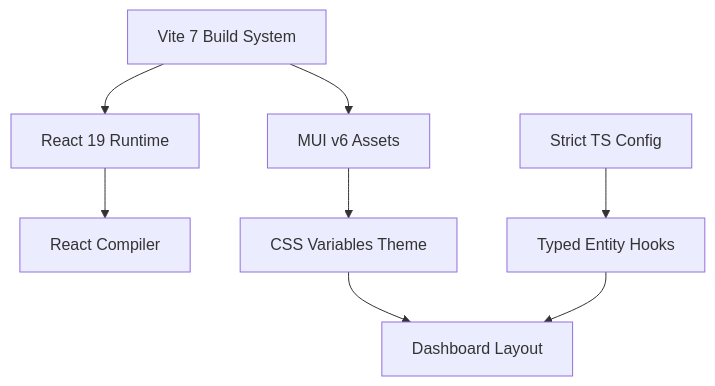
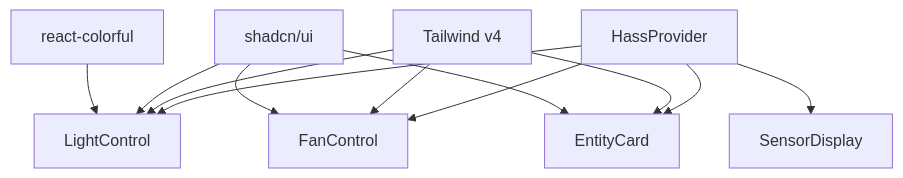
Before and after one commit to miguelcaravantes/ha-dashboard: the diagram in .planning/research/FEATURES.md, drawn with Mermaid. The commit also changed other lines of this file and 4 other files, not shown here.

````diff
--- a/.planning/research/FEATURES.md
+++ b/.planning/research/FEATURES.md
@@ -46,10 +56,17 @@
 ```mermaid
 graph TD
-    A[Vite 7 Build System] --> B[React 19 Runtime]
-    A --> C[MUI v6 Assets]
-    B --> D[React Compiler]
-    C --> E[CSS Variables Theme]
-    F[Strict TS Config] --> G[Typed Entity Hooks]
-    E --> H[Dashboard Layout]
-    G --> H
+    HP[HassProvider] --> LC[LightControl]
+    HP --> FC[FanControl]
+    HP --> EC[EntityCard]
+    HP --> SD[SensorDisplay]
+
+    TW[Tailwind v4] --> LC
+    TW --> FC
+    TW --> EC
+
+    SUI[shadcn/ui] --> LC
+    SUI --> FC
+    SUI --> EC
+
+    RC[react-colorful] --> LC
 ```
````
